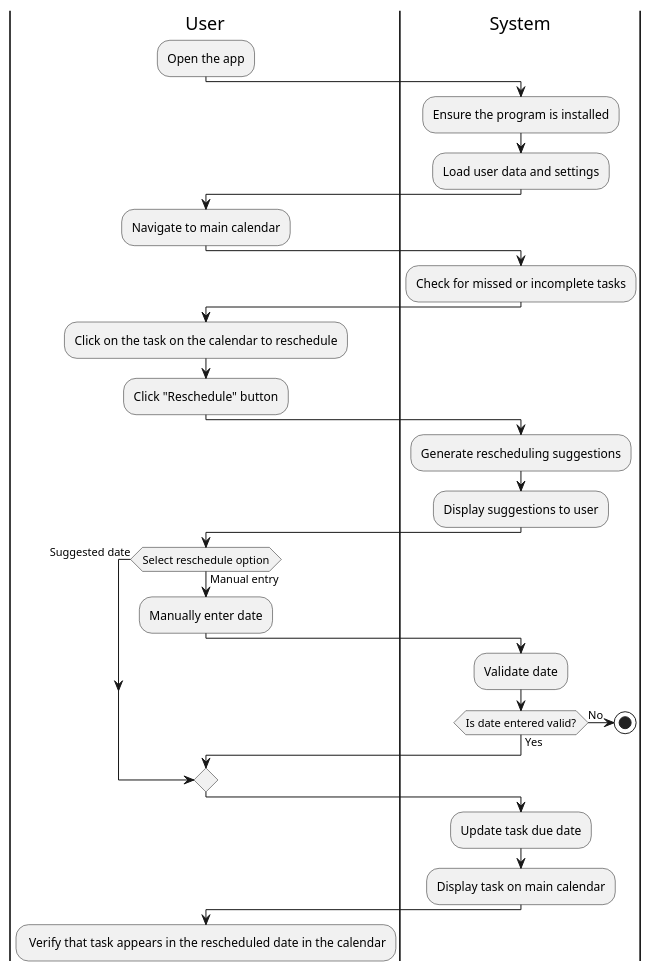
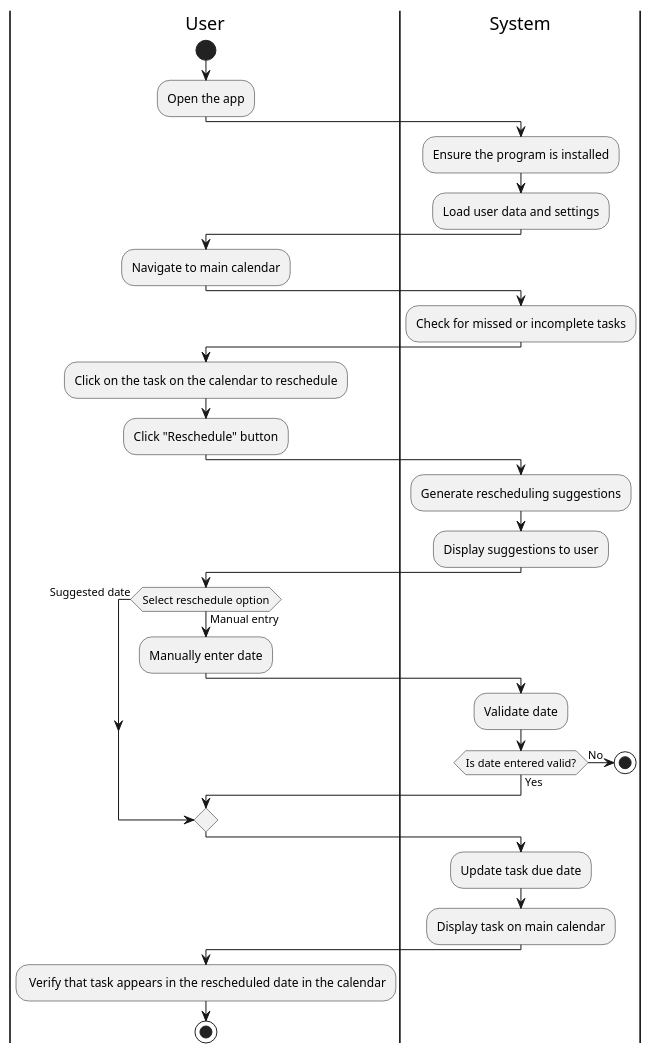
Before and after one commit to CS361-2024Fall-Term/Innovators: the diagram in assignment7/reschedule_task.puml, drawn with PlantUML.

```diff
--- a/assignment7/reschedule_task.puml
+++ b/assignment7/reschedule_task.puml
@@ -1,48 +1,50 @@
 @startuml
 |User|
+start
 :Open the app; 
 
 |System|
 :Ensure the program is installed;
 :Load user data and settings; 
 
 |User|
 :Navigate to main calendar;
 
 |System|
 :Check for missed or incomplete tasks; 
 
 |User|
 :Click on the task on the calendar to reschedule;
 :Click "Reschedule" button; 
 
 |System|
 :Generate rescheduling suggestions; 
 :Display suggestions to user; 
 
 |User|
 if (Select reschedule option) then (Suggested date)
 
 else (Manual entry)
 
 
   :Manually enter date;
 
 |System|
 :Validate date;
 if (Is date entered valid?) then (Yes)
 
 else (No)
   stop
  endif
  endif
 
 |System|
 :Update task due date; 
 :Display task on main calendar;
 
 |User|
 : Verify that task appears in the rescheduled date in the calendar;
+stop
 
 
 @enduml
```
